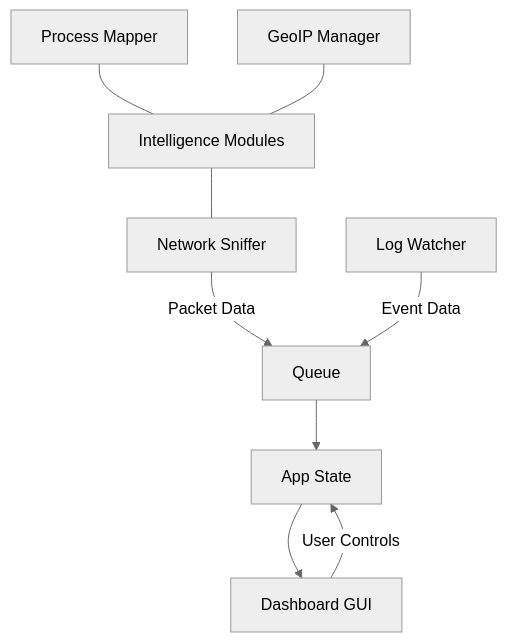
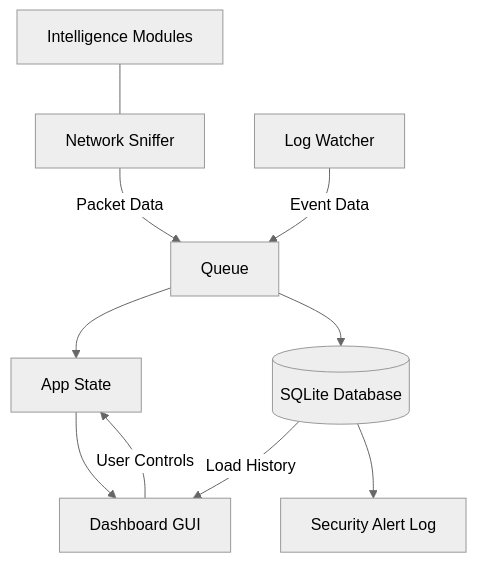
Before and after one commit to KathaMonge/Sentinel: the diagram in README.md, drawn with Mermaid (neutral theme). The commit also changed other lines of this file and 1 other file, not shown here.

Commit message:
update README with new features, persistence, and logging architecture - planning doc updated to reflect progress

````diff
--- a/README.md
+++ b/README.md
@@ -22,11 +25,12 @@
 ```mermaid
 graph TD
     A[Network Sniffer] -->|Packet Data| D[Queue]
     B[Log Watcher] -->|Event Data| D
     C[Intelligence Modules] --- A
-    C1[Process Mapper] --- C
-    C2[GeoIP Manager] --- C
     D --> E[App State]
-    E --> F[Dashboard GUI]
+    D --> G[(SQLite Database)]
+    G -->|Load History| F[Dashboard GUI]
+    E --> F
     F -->|User Controls| E
+    G --> H[Security Alert Log]
 ```
````
